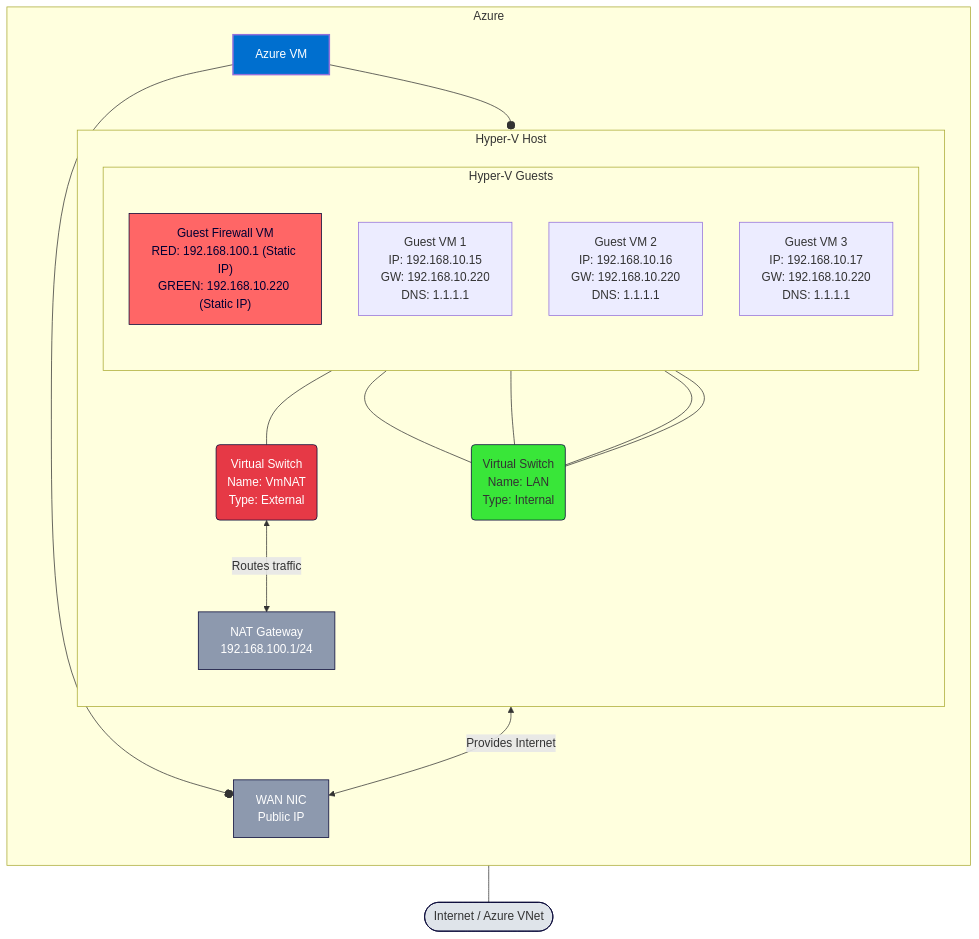
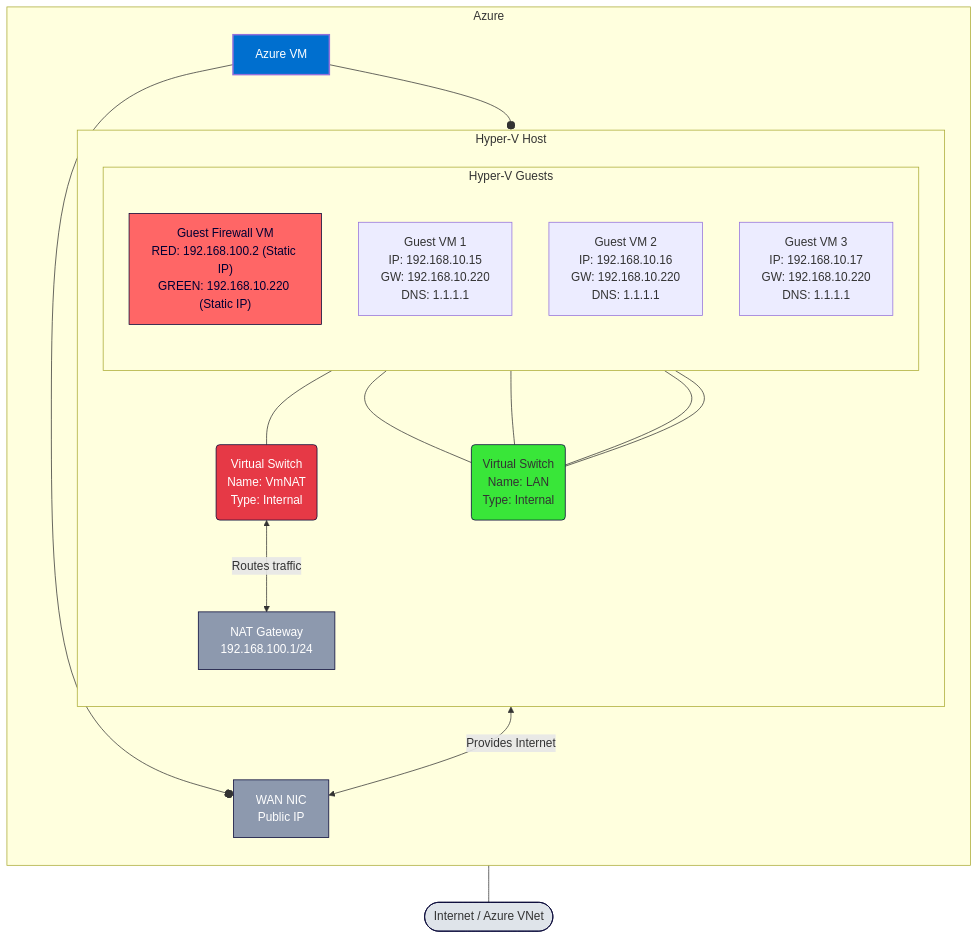
Before and after one commit to viscalyx/viscalyx.se: the diagram in content/blog/configure-nat-azure-vm-hyperv-host.md, drawn with Mermaid. The commit also changed other lines of this file and 245 other files, not shown here.

````diff
--- a/content/blog/configure-nat-azure-vm-hyperv-host.md
+++ b/content/blog/configure-nat-azure-vm-hyperv-host.md
@@ -23,53 +26,53 @@
 ```mermaid
 flowchart TD
     %% ───────────── Host layer ─────────────
     subgraph "Azure"
         direction TB
 
         VMHost[Azure VM]:::azurevm
 
         subgraph HyperVHost["Hyper-V Host"]
             direction TB
 
             %% ───────────── Guest layer ─────────────
             subgraph "Hyper‑V Guests"
                 direction TB
 
-                FW["Guest Firewall VM<br/>RED: 192.168.100.1 (Static IP)<br/>GREEN: 192.168.10.220 (Static IP)"]:::fw
+                FW["Guest Firewall VM<br/>RED: 192.168.100.2 (Static IP)<br/>GREEN: 192.168.10.220 (Static IP)"]:::fw
                 VM1[Guest VM 1<br/>IP: 192.168.10.15<br/>GW: 192.168.10.220<br/>DNS: 1.1.1.1]
                 VM2[Guest VM 2<br/>IP: 192.168.10.16<br/>GW: 192.168.10.220<br/>DNS: 1.1.1.1]
                 VM3[Guest VM 3<br/>IP: 192.168.10.17<br/>GW: 192.168.10.220<br/>DNS: 1.1.1.1]
             end
 
-            vSwitchNAT(Virtual Switch<br/>Name: VmNAT<br/>Type: External):::vswitchRed
+            vSwitchNAT(Virtual Switch<br/>Name: VmNAT<br/>Type: Internal):::vswitchRed
             vSwitchLAN(Virtual Switch<br/>Name: LAN<br/>Type: Internal):::vswitchGreen
             NATNIC[NAT Gateway<br/>192.168.100.1/24]:::nat
         end
 
             WANNIC[WAN NIC<br/>Public IP]:::nat
     end
 
     Internet([Internet / Azure VNet]):::cloud
 
     VMHost --o HyperVHost
     VMHost --o WANNIC
 
     vSwitchNAT <-- "Routes traffic" --> NATNIC
     NATNIC <-- "Provides Internet" --> WANNIC
     WANNIC --- Internet
 
     %% Connections
     FW --- vSwitchNAT
     FW --- vSwitchLAN
     VM1 --- vSwitchLAN
     VM2 --- vSwitchLAN
     VM3 --- vSwitchLAN
 
     %% ---------------- Styling ----------------
     classDef azurevm   fill:#006FCF,color:#fff,stroke-width:2px;
     classDef vswitchRed fill:#e63946,color:#fff,stroke:#003,stroke-width:1px;
     classDef vswitchGreen fill:#39e639,stroke:#003,stroke-width:1px;
     classDef nat    fill:#8d99ae,color:#fff,stroke:#003,stroke-width:1px;
     classDef fw     fill:#ff6666,color:#003,stroke:#003,stroke-width:1px;
     classDef cloud  fill:#dfe4ea,stroke:#003,stroke-width:1px;
 ```
````
